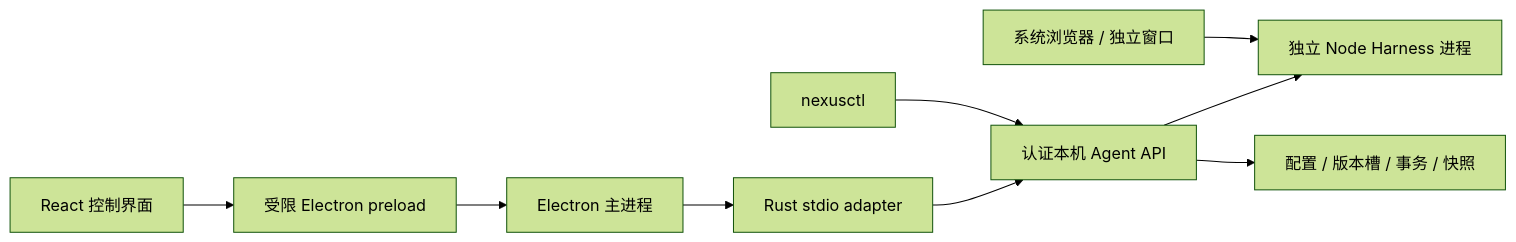
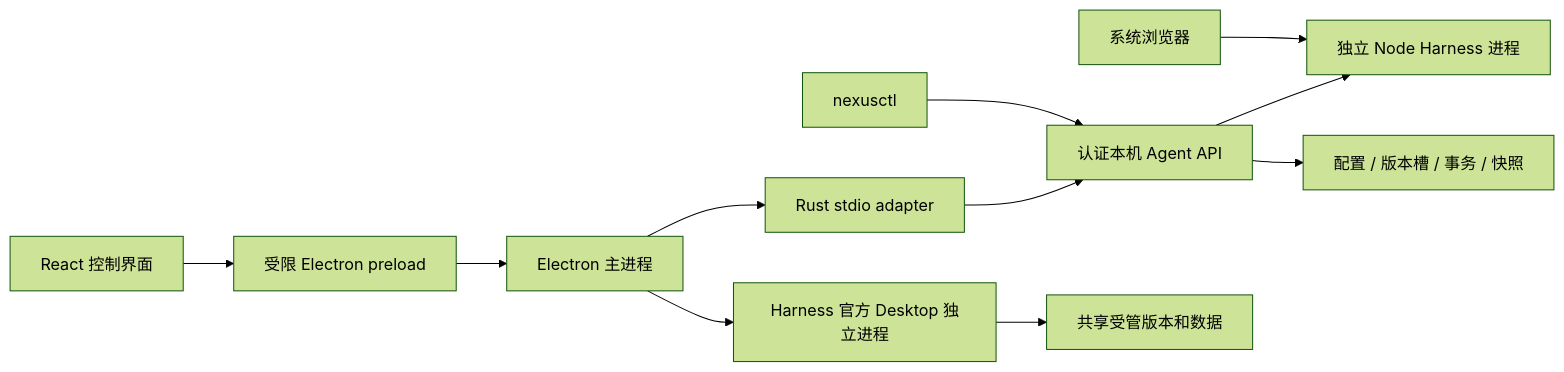
One commit to chelal233/dsh-nexus changed the diagram in docs/architecture-baseline.md. Above: the diagram before and after it, drawn with Mermaid (forest theme). The commit also changed other lines of this file and 33 other files, not shown here.

````diff
--- a/docs/architecture-baseline.md
+++ b/docs/architecture-baseline.md
@@ -8,11 +8,13 @@
 ```mermaid
 flowchart LR
   UI[React 控制界面] --> Preload[受限 Electron preload]
   Preload --> Main[Electron 主进程]
   Main --> Bridge[Rust stdio adapter]
   Bridge --> Agent[认证本机 Agent API]
   CLI[nexusctl] --> Agent
   Agent --> Harness[独立 Node Harness 进程]
-  Browser[系统浏览器 / 独立窗口] --> Harness
+  Browser[系统浏览器] --> Harness
+  Main --> Desktop[Harness 官方 Desktop 独立进程]
+  Desktop --> Shared[共享受管版本和数据]
   Agent --> State[配置 / 版本槽 / 事务 / 快照]
 ```
````
